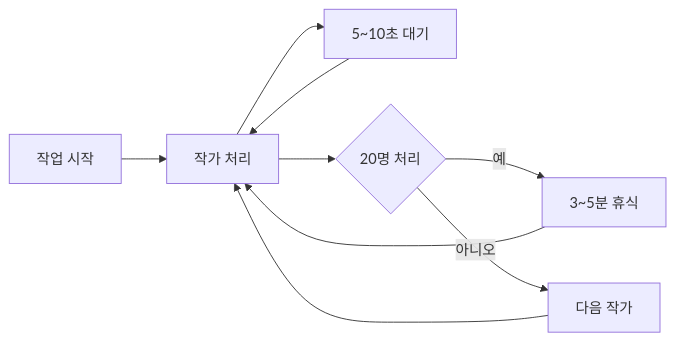
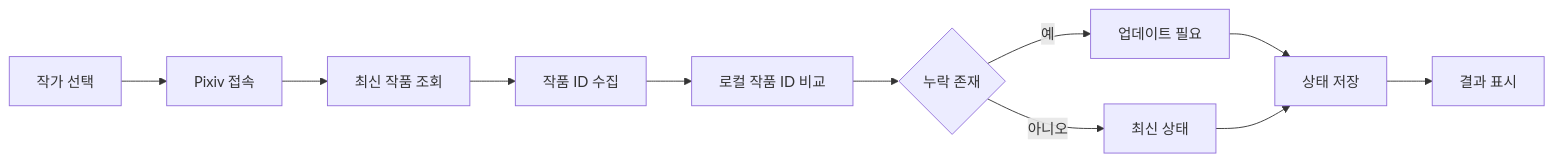
Before and after one commit to PKT0623/PixivLocalManager: the sixth of 12 diagrams in docs/03_SYSTEM_FLOW.md, drawn with Mermaid. The commit also changed other lines of this file and 10 other files, not shown here.

````diff
--- a/docs/03_SYSTEM_FLOW.md
+++ b/docs/03_SYSTEM_FLOW.md
@@ -162,21 +121,21 @@
 ```mermaid
 flowchart LR
 
-START[작업 시작]
+A[작가 선택]
 
-START --> CHECK[작가 처리]
+A --> B[Pixiv 접속]
+B --> C[최신 작품 조회]
+C --> D[작품 ID 수집]
 
-CHECK --> WAIT[5~10초 대기]
+D --> E[로컬 작품 ID 비교]
 
-WAIT --> CHECK
+E --> F{누락 존재}
 
-CHECK --> REST{20명 처리}
+F -->|예| G[업데이트 필요]
+F -->|아니오| H[최신 상태]
 
-REST -- 예 --> BREAK[3~5분 휴식]
+G --> I[상태 저장]
+H --> I
 
-BREAK --> CHECK
-
-REST -- 아니오 --> NEXT[다음 작가]
-
-NEXT --> CHECK
+I --> J[결과 표시]
 ```
````
